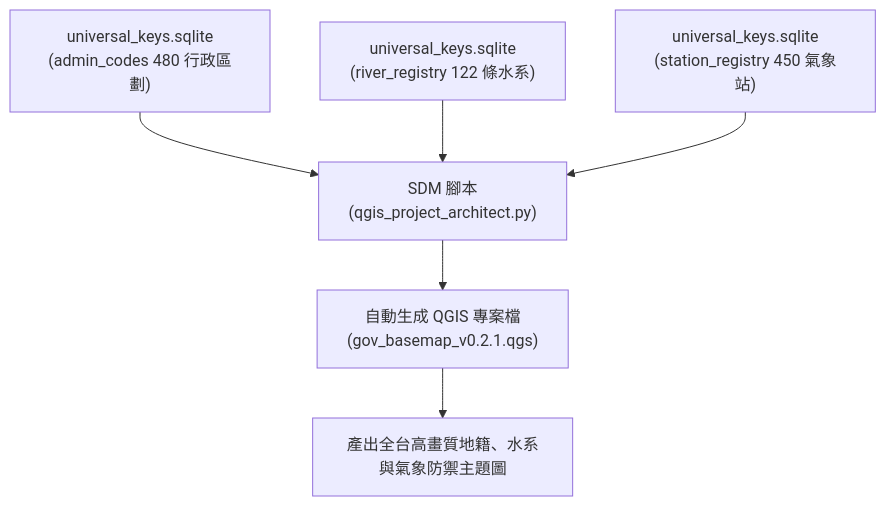
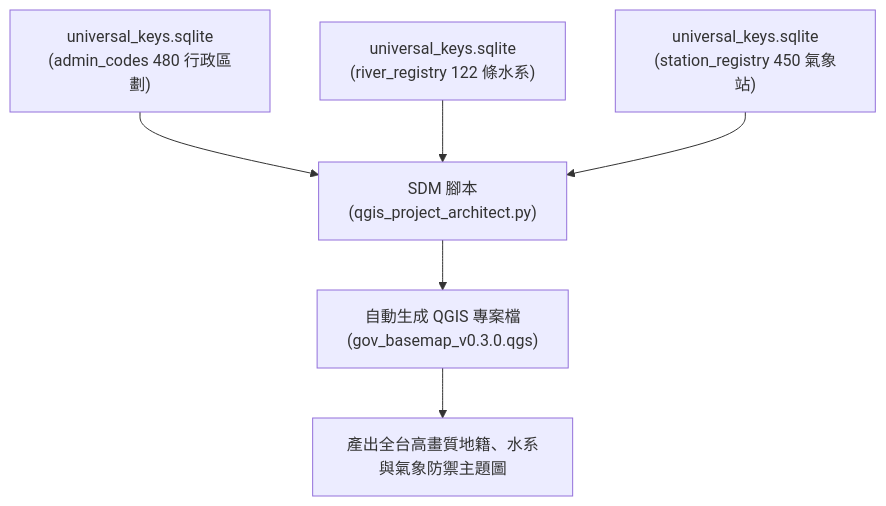
The third of 3 diagrams in book/06_system_engineering_and_sdm.md (wuulong/tw-gov-db), drawn with Mermaid before and after one commit. The commit also changed other lines of this file and 89 other files, not shown here.

````diff
--- a/book/06_system_engineering_and_sdm.md
+++ b/book/06_system_engineering_and_sdm.md
@@ -93,8 +93,8 @@
 ```mermaid
 graph TD
     DB1["universal_keys.sqlite<br>(admin_codes 480 行政區劃)"] --> SDM["SDM 腳本<br>(qgis_project_architect.py)"]
     DB2["universal_keys.sqlite<br>(river_registry 122 條水系)"] --> SDM
     DB3["universal_keys.sqlite<br>(station_registry 450 氣象站)"] --> SDM
-    SDM --> QGS["自動生成 QGIS 專案檔<br>(gov_basemap_v0.2.1.qgs)"]
+    SDM --> QGS["自動生成 QGIS 專案檔<br>(gov_basemap_v0.3.0.qgs)"]
     QGS --> RENDER["產出全台高畫質地籍、水系與氣象防禦主題圖"]
 ```
````
